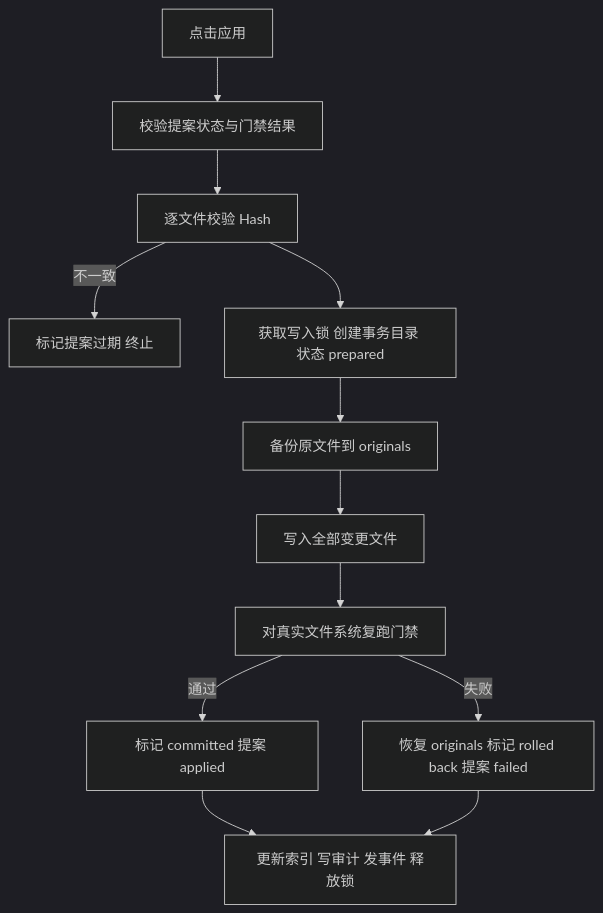
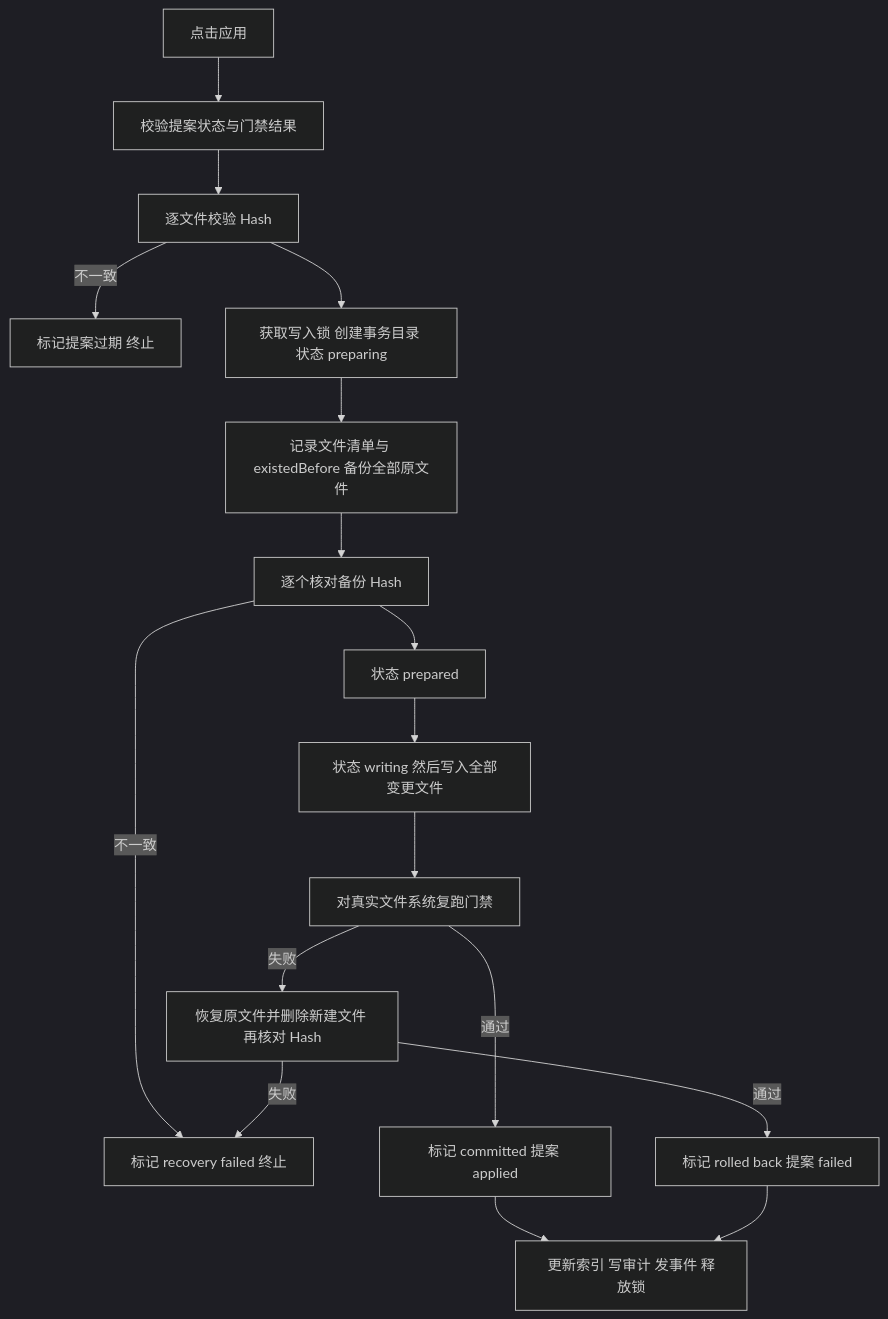
The third of 3 diagrams in dev-docs/design/2026-11-24-RuleStudio需求文档.md (mickorz/MahjongRuleKB), drawn with Mermaid (dark theme) before and after one commit. The commit also changed other lines of this file and 3 other files, not shown here.

````diff
--- a/dev-docs/design/2026-11-24-RuleStudio需求文档.md
+++ b/dev-docs/design/2026-11-24-RuleStudio需求文档.md
@@ -355,14 +360,19 @@
 ```mermaid
 flowchart TD
     A[点击应用] --> B[校验提案状态与门禁结果]
     B --> C[逐文件校验 Hash]
     C -->|不一致| STALE[标记提案过期 终止]
-    C --> D[获取写入锁 创建事务目录 状态 prepared]
-    D --> E[备份原文件到 originals]
-    E --> F[写入全部变更文件]
-    F --> G[对真实文件系统复跑门禁]
-    G -->|失败| RB[恢复 originals 标记 rolled back 提案 failed]
-    G -->|通过| CM[标记 committed 提案 applied]
-    CM --> H[更新索引 写审计 发事件 释放锁]
-    RB --> H
+    C --> D[获取写入锁 创建事务目录 状态 preparing]
+    D --> E[记录文件清单与 existedBefore 备份全部原文件]
+    E --> F[逐个核对备份 Hash]
+    F -->|不一致| RF[标记 recovery failed 终止]
+    F --> G[状态 prepared]
+    G --> H[状态 writing 然后写入全部变更文件]
+    H --> I[对真实文件系统复跑门禁]
+    I -->|失败| RB[恢复原文件并删除新建文件 再核对 Hash]
+    RB -->|通过| RBT[标记 rolled back 提案 failed]
+    RB -->|失败| RF
+    I -->|通过| CM[标记 committed 提案 applied]
+    CM --> J[更新索引 写审计 发事件 释放锁]
+    RBT --> J
 ```
````
